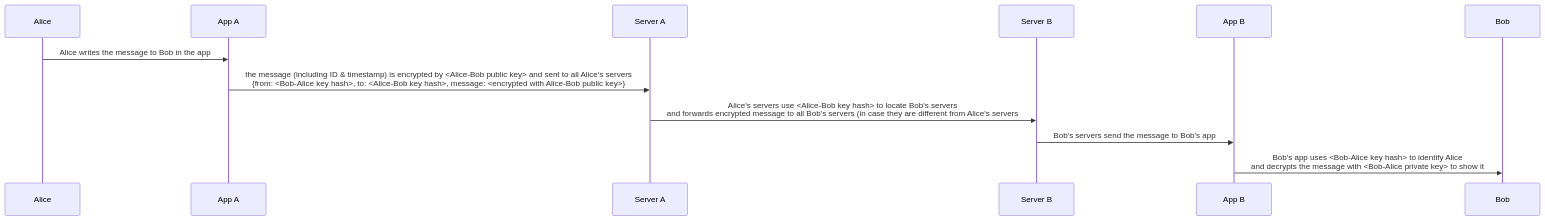
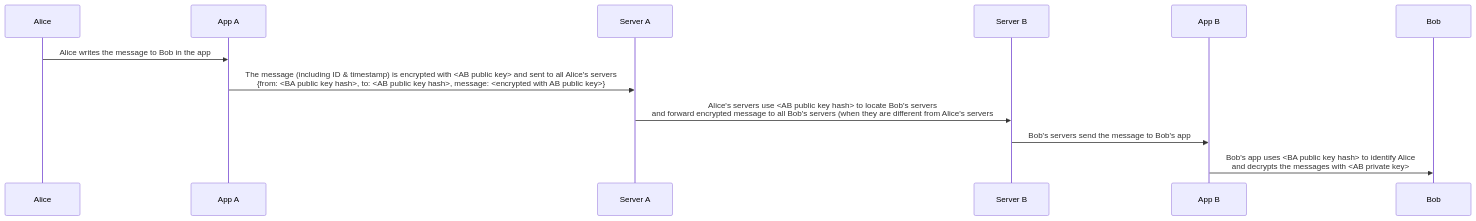
The diagram in diagrams/message.mmd (simplex-chat/simplex-chat), drawn with Mermaid before and after one commit. The commit also changed 1 other file, not shown here.

Commit message:
docs: update sending message diagram

```diff
--- a/diagrams/message.mmd
+++ b/diagrams/message.mmd
@@ -1,12 +1,12 @@
 sequenceDiagram
   participant Alice
   participant App A
   participant Server A
   participant Server B
   participant App B
   participant Bob
   Alice ->> App A: Alice writes the message to Bob in the app
-  App A ->> Server A: the message (including ID & timestamp) is encrypted by <Alice-Bob public key> and sent to all Alice's servers<br>{from: <Bob-Alice key hash>, to: <Alice-Bob key hash>, message: <encrypted with Alice-Bob public key>}
-  Server A ->> Server B: Alice's servers use <Alice-Bob key hash> to locate Bob's servers<br>and forwards encrypted message to all Bob's servers (in case they are different from Alice's servers
+  App A ->> Server A: The message (including ID & timestamp) is encrypted with <AB public key> and sent to all Alice's servers<br>{from: <BA public key hash>, to: <AB public key hash>, message: <encrypted with AB public key>}
+  Server A ->> Server B: Alice's servers use <AB public key hash> to locate Bob's servers<br>and forward encrypted message to all Bob's servers (when they are different from Alice's servers
   Server B ->> App B: Bob's servers send the message to Bob's app
-  App B ->> Bob: Bob's app uses <Bob-Alice key hash> to identify Alice<br>and decrypts the message with <Bob-Alice private key> to show it
+  App B ->> Bob: Bob's app uses <BA public key hash> to identify Alice<br>and decrypts the messages with <AB private key>
```
